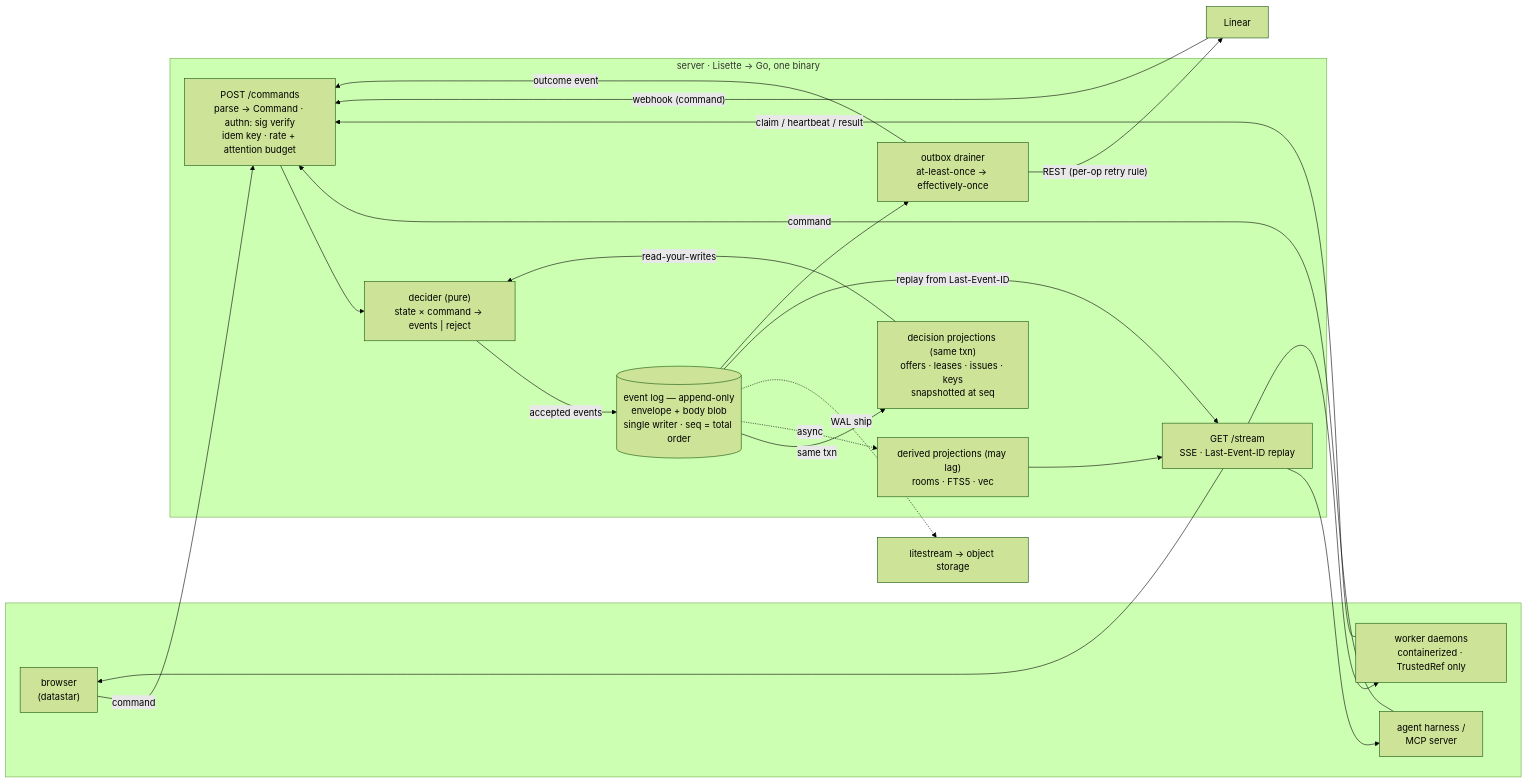
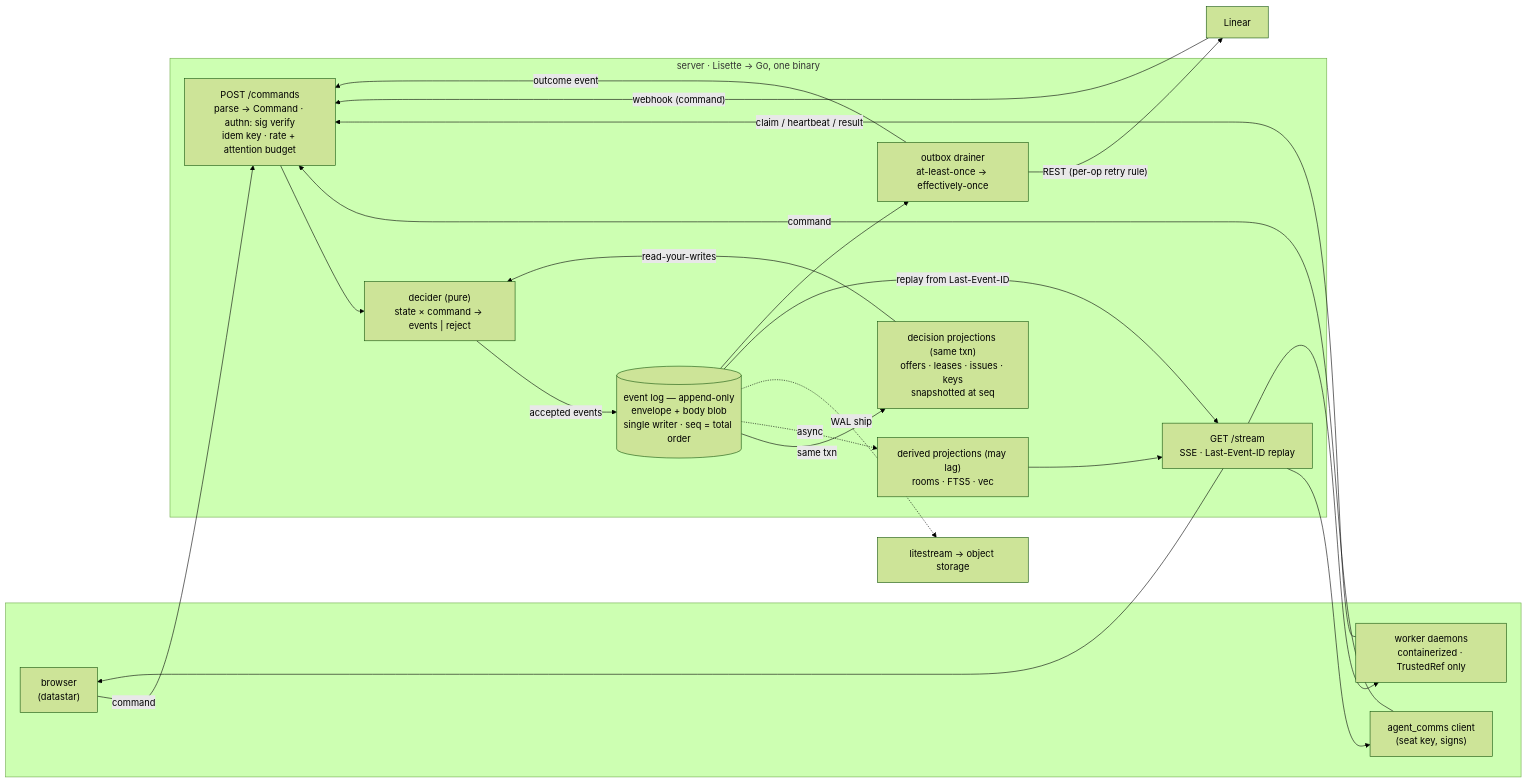
Before and after one commit to escherize/comms: the diagram in docs/ARCHITECTURE.md, drawn with Mermaid (forest theme). The commit also changed other lines of this file and 5 other files, not shown here.

````diff
--- a/docs/ARCHITECTURE.md
+++ b/docs/ARCHITECTURE.md
@@ -7,37 +7,37 @@
 ```mermaid
 flowchart LR
     subgraph clients[" "]
         H["browser<br/>(datastar)"]
-        A["agent harness /<br/>MCP server"]
+        A["agent_comms client<br/>(seat key, signs)"]
         W["worker daemons<br/>containerized · TrustedRef only"]
     end
     LIN["Linear"]
     subgraph server["server · Lisette → Go, one binary"]
         CMD["POST /commands<br/>parse → Command · authn: sig verify<br/>idem key · rate + attention budget"]
         CORE["decider (pure)<br/>state × command → events | reject"]
         LOG[("event log — append-only<br/>envelope + body blob<br/>single writer · seq = total order")]
         PROJ["decision projections (same txn)<br/>offers · leases · issues · keys<br/>snapshotted at seq"]
         DER["derived projections (may lag)<br/>rooms · FTS5 · vec"]
         SSE["GET /stream<br/>SSE · Last-Event-ID replay"]
         OUT["outbox drainer<br/>at-least-once → effectively-once"]
     end
     LS["litestream → object storage"]
     H -- "command" --> CMD
     A -- "command" --> CMD
     W -- "claim / heartbeat / result" --> CMD
     LIN -- "webhook (command)" --> CMD
     CMD --> CORE
     CORE -- "accepted events" --> LOG
     LOG -- "same txn" --> PROJ
     LOG -. "async" .-> DER
     LOG -. "WAL ship" .-> LS
     PROJ -- "read-your-writes" --> CORE
     LOG -- "replay from Last-Event-ID" --> SSE
     DER --> SSE
     LOG --> OUT
     OUT -- "REST (per-op retry rule)" --> LIN
     OUT -- "outcome event" --> CMD
     SSE --> H
     SSE --> A
     SSE --> W
 ```
````
